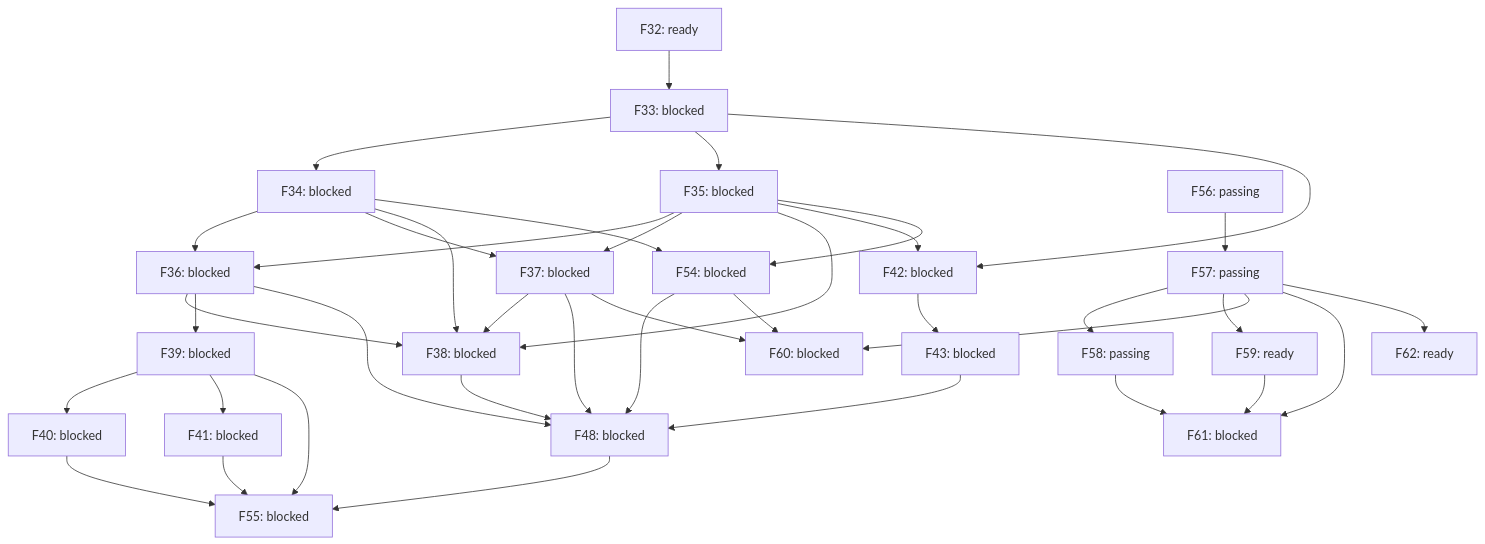
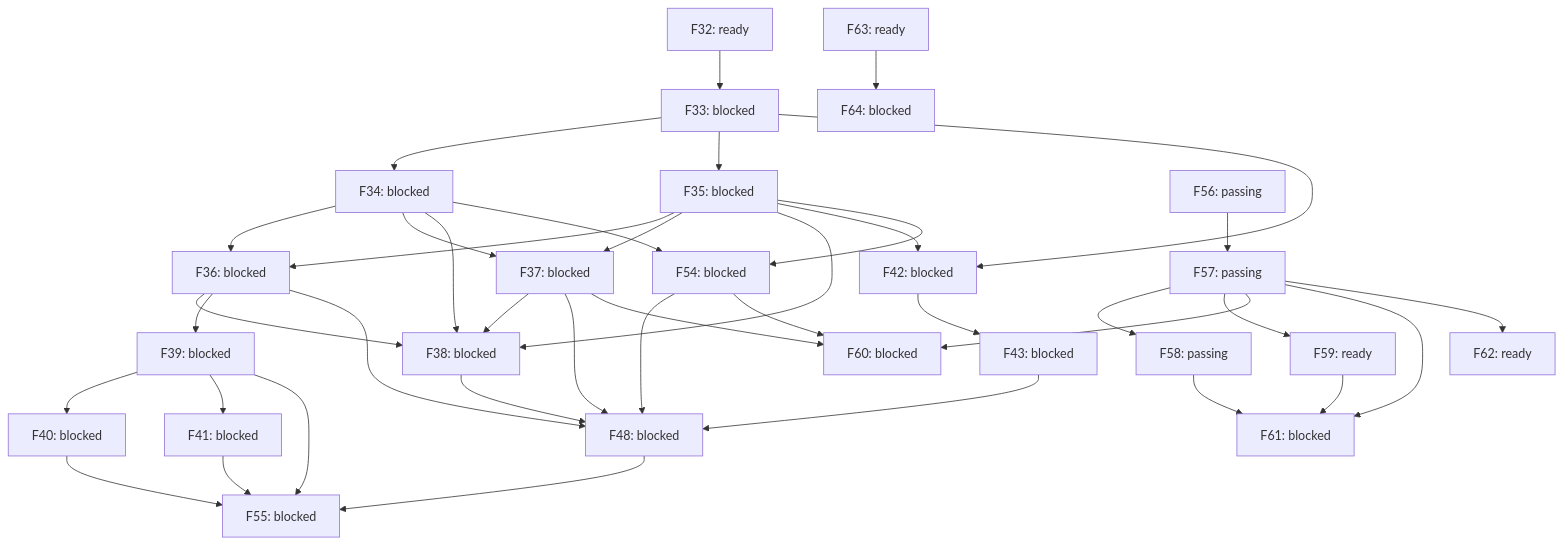
Before and after one commit to alex-nax/rengine: the diagram in docs/roadmap-graph.md, drawn with Mermaid. The commit also changed other lines of this file and 17 other files, not shown here.

````diff
--- a/docs/roadmap-graph.md
+++ b/docs/roadmap-graph.md
@@ -7,63 +7,66 @@
 ```mermaid
 flowchart TD
   F32["F32: ready"]
   F33["F33: blocked"]
   F32 --> F33
   F34["F34: blocked"]
   F33 --> F34
   F35["F35: blocked"]
   F33 --> F35
   F36["F36: blocked"]
   F34 --> F36
   F35 --> F36
   F37["F37: blocked"]
   F34 --> F37
   F35 --> F37
   F38["F38: blocked"]
   F34 --> F38
   F35 --> F38
   F36 --> F38
   F37 --> F38
   F39["F39: blocked"]
   F36 --> F39
   F40["F40: blocked"]
   F39 --> F40
   F41["F41: blocked"]
   F39 --> F41
   F42["F42: blocked"]
   F33 --> F42
   F35 --> F42
   F43["F43: blocked"]
   F42 --> F43
   F48["F48: blocked"]
   F36 --> F48
   F37 --> F48
   F38 --> F48
   F43 --> F48
   F54 --> F48
   F54["F54: blocked"]
   F34 --> F54
   F35 --> F54
   F55["F55: blocked"]
   F39 --> F55
   F40 --> F55
   F41 --> F55
   F48 --> F55
   F56["F56: passing"]
   F57["F57: passing"]
   F56 --> F57
   F58["F58: passing"]
   F57 --> F58
   F59["F59: ready"]
   F57 --> F59
   F60["F60: blocked"]
   F57 --> F60
   F37 --> F60
   F54 --> F60
   F61["F61: blocked"]
   F57 --> F61
   F58 --> F61
   F59 --> F61
   F62["F62: ready"]
   F57 --> F62
+  F63["F63: ready"]
+  F64["F64: blocked"]
+  F63 --> F64
 ```
````
